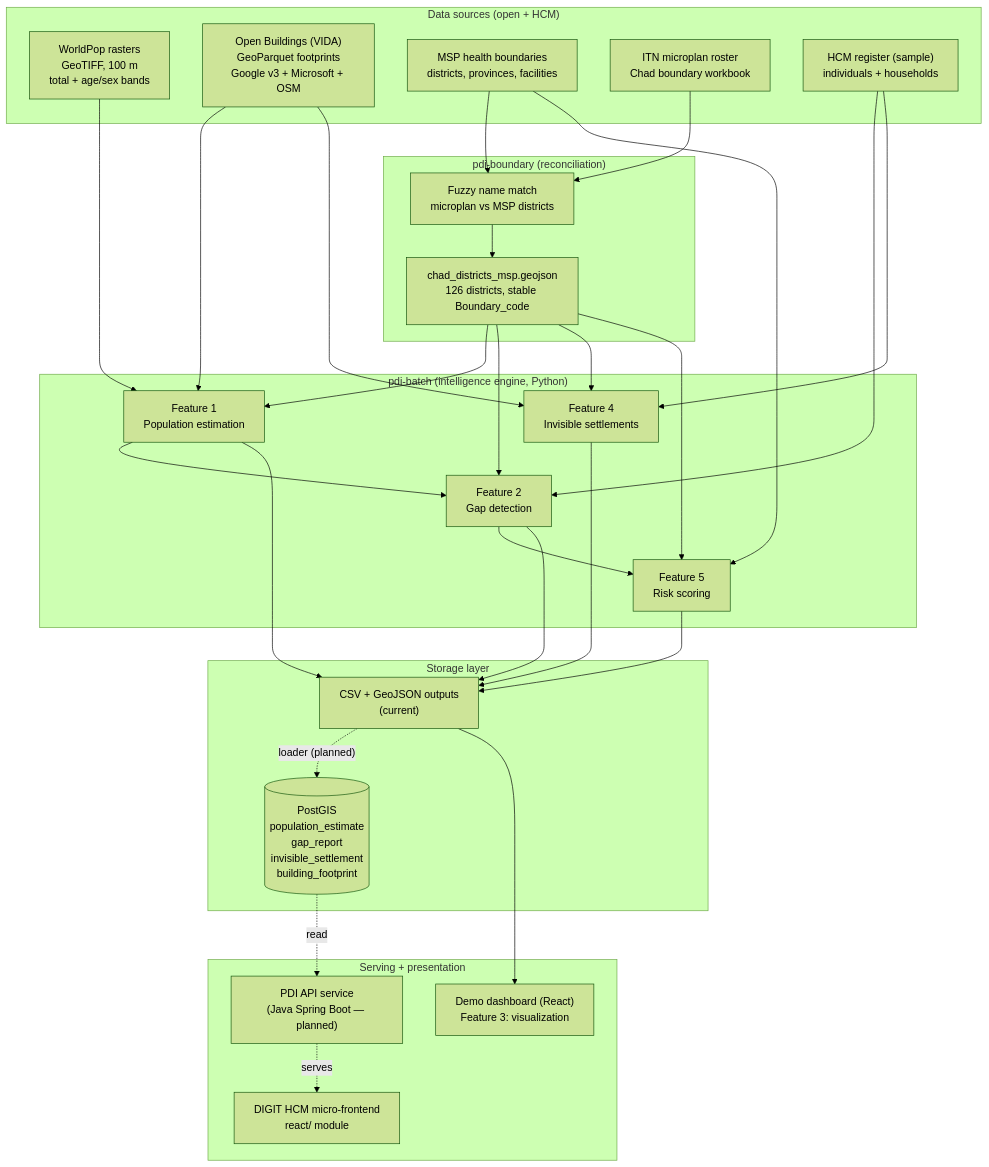
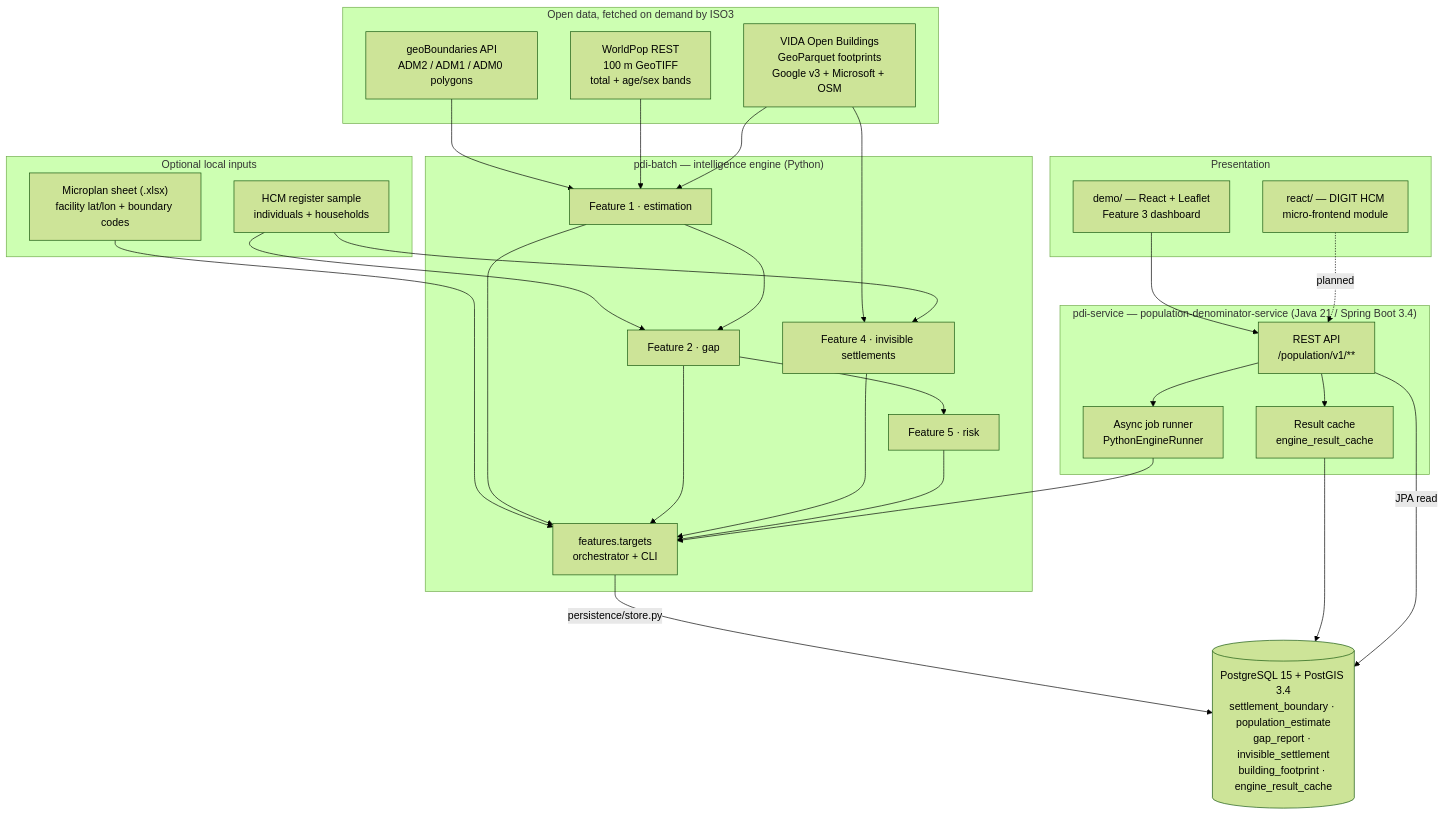
Before and after one commit to KAshyapk07/eGov-PDI: the first of 4 diagrams in PES-U/population-denominator-intelligence/README.md, drawn with Mermaid (forest theme). The commit also changed other lines of this file and 104 other files, not shown here.

Commit message:
Population denominator Intelligence V1

````diff
--- a/PES-U/population-denominator-intelligence/README.md
+++ b/PES-U/population-denominator-intelligence/README.md
@@ -40,50 +41,49 @@
 ```mermaid
 graph TB
-    subgraph Sources["Data sources (open + HCM)"]
-        WP["WorldPop rasters<br/>GeoTIFF, 100 m<br/>total + age/sex bands"]
-        OB["Open Buildings (VIDA)<br/>GeoParquet footprints<br/>Google v3 + Microsoft + OSM"]
-        MSP["MSP health boundaries<br/>districts, provinces, facilities"]
-        ITN["ITN microplan roster<br/>Chad boundary workbook"]
-        REG["HCM register (sample)<br/>individuals + households"]
+    subgraph Sources["Open data, fetched on demand by ISO3"]
+        GB["geoBoundaries API<br/>ADM2 / ADM1 / ADM0 polygons"]
+        WP["WorldPop REST<br/>100 m GeoTIFF<br/>total + age/sex bands"]
+        VIDA["VIDA Open Buildings<br/>GeoParquet footprints<br/>Google v3 + Microsoft + OSM"]
     end
 
-    subgraph Boundary["pdi-boundary  (reconciliation)"]
-        RECON["Fuzzy name match<br/>microplan vs MSP districts"]
-        ENGINE_B["chad_districts_msp.geojson<br/>126 districts, stable Boundary_code"]
+    subgraph Local["Optional local inputs"]
+        SHEET["Microplan sheet (.xlsx)<br/>facility lat/lon + boundary codes"]
+        REG["HCM register sample<br/>individuals + households"]
     end
 
-    subgraph Batch["pdi-batch  (intelligence engine, Python)"]
-        F1["Feature 1<br/>Population estimation"]
-        F2["Feature 2<br/>Gap detection"]
-        F4["Feature 4<br/>Invisible settlements"]
-        F5["Feature 5<br/>Risk scoring"]
+    subgraph Engine["pdi-batch — intelligence engine (Python)"]
+        F1["Feature 1 · estimation"]
+        F2["Feature 2 · gap"]
+        F4["Feature 4 · invisible settlements"]
+        F5["Feature 5 · risk"]
+        TGT["features.targets<br/>orchestrator + CLI"]
     end
 
-    subgraph Store["Storage layer"]
-        FILES["CSV + GeoJSON outputs<br/>(current)"]
-        PG[("PostGIS<br/>population_estimate<br/>gap_report<br/>invisible_settlement<br/>building_footprint")]
+    subgraph Service["pdi-service — population-denominator-service (Java 21 / Spring Boot 3.4)"]
+        JOB["Async job runner<br/>PythonEngineRunner"]
+        CACHE["Result cache<br/>engine_result_cache"]
+        API["REST API<br/>/population/v1/**"]
     end
 
-    subgraph Serve["Serving + presentation"]
-        API["PDI API service<br/>(Java Spring Boot — planned)"]
-        WEBDEMO["Demo dashboard (React)<br/>Feature 3: visualization"]
-        DIGIT["DIGIT HCM micro-frontend<br/>react/ module"]
+    PG[("PostgreSQL 15 + PostGIS 3.4<br/>settlement_boundary · population_estimate<br/>gap_report · invisible_settlement<br/>building_footprint · engine_result_cache")]
+
+    subgraph UI["Presentation"]
+        DEMO["demo/ — React + Leaflet<br/>Feature 3 dashboard"]
+        DIGIT["react/ — DIGIT HCM<br/>micro-frontend module"]
     end
 
+    GB --> F1
     WP --> F1
-    OB --> F1
-    OB --> F4
-    MSP --> RECON
-    ITN --> RECON
-    RECON --> ENGINE_B
-    ENGINE_B --> F1 & F2 & F4 & F5
+    VIDA --> F1 & F4
+    SHEET --> TGT
     REG --> F2 & F4
-    MSP --> F5
-
     F1 --> F2 --> F5
-    F1 & F2 & F4 & F5 --> FILES
-    FILES -. "loader (planned)" .-> PG
-    PG -. read .-> API
-    FILES --> WEBDEMO
-    API -. serves .-> DIGIT
+    F1 & F2 & F4 & F5 --> TGT
+    TGT -->|persistence/store.py| PG
+    JOB --> TGT
+    API --> JOB
+    API --> CACHE --> PG
+    API -->|JPA read| PG
+    DEMO --> API
+    DIGIT -. planned .-> API
 ```
````
